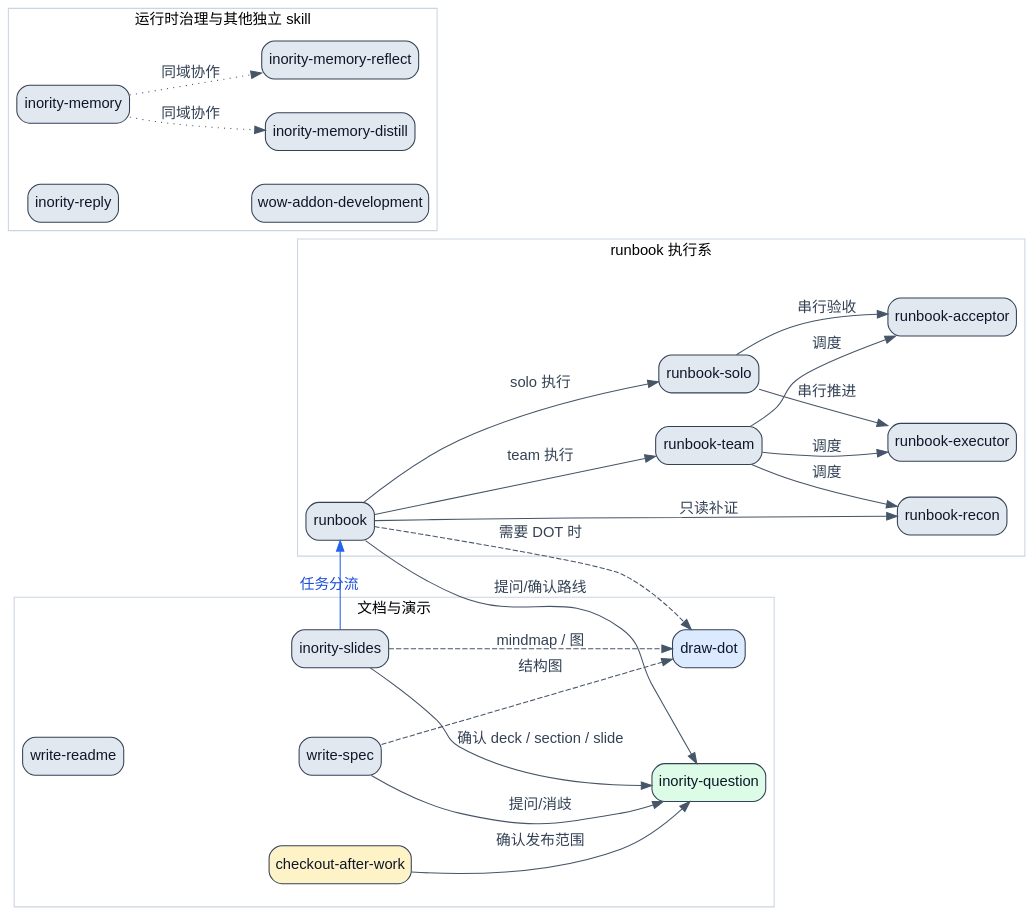
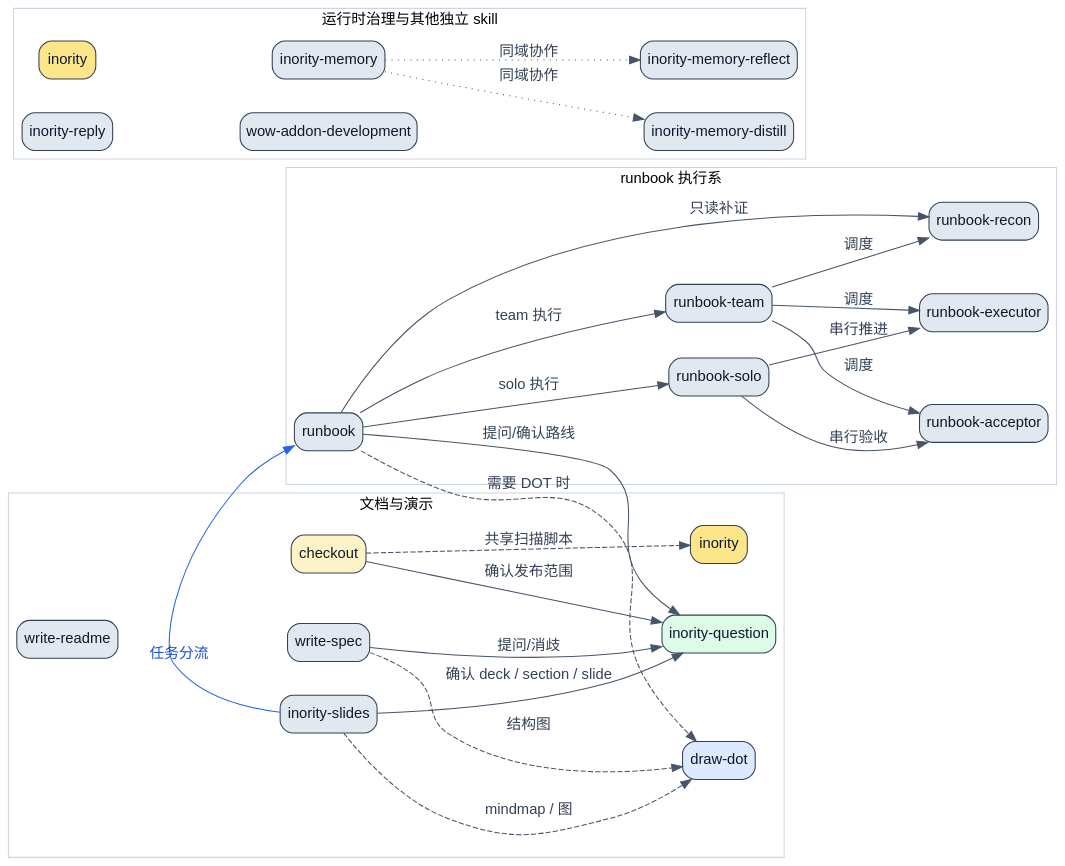
One commit to terencefan/inority-workspace changed the diagram in skills/README.md. Above: the diagram before and after it, drawn with Graphviz. The commit also changed other lines of this file and 22 other files, not shown here.

Commit message:
feat(skills): add workspace checkin and checkout flow

```diff
--- a/skills/README.md
+++ b/skills/README.md
@@ -78,7 +80,8 @@
   subgraph cluster_docs {
     label="文档与演示";
     color="#cbd5e1";
-    checkout_after_work [label="checkout-after-work", fillcolor="#fef3c7"];
+    checkout [label="checkout", fillcolor="#fef3c7"];
+    inority_base [label="inority", fillcolor="#fde68a"];
     write_readme [label="write-readme"];
     write_spec [label="write-spec"];
     inority_slides [label="inority-slides"];
@@ -100,6 +103,7 @@
   subgraph cluster_runtime {
     label="运行时治理与其他独立 skill";
     color="#cbd5e1";
+    inority_base_runtime [label="inority", fillcolor="#fde68a"];
     inority_memory [label="inority-memory"];
     inority_memory_distill [label="inority-memory-distill"];
     inority_memory_reflect [label="inority-memory-reflect"];
@@ -107,7 +111,8 @@
     wow_addon [label="wow-addon-development"];
   }
 
-  checkout_after_work -> inority_question [label="确认发布范围"];
+  checkout -> inority_question [label="确认发布范围"];
+  checkout -> inority_base [style=dashed, label="共享扫描脚本"];
 
   write_spec -> inority_question [label="提问/消歧"];
   write_spec -> draw_dot [style=dashed, label="结构图"];
@@ -131,6 +136,7 @@
 
   inority_memory -> inority_memory_distill [style=dotted, label="同域协作"];
   inority_memory -> inority_memory_reflect [style=dotted, label="同域协作"];
+  inority_base_runtime -> inority_memory [style=invis];
 
   inority_reply -> wow_addon [style=invis];
   write_readme -> write_spec [style=invis];
```
